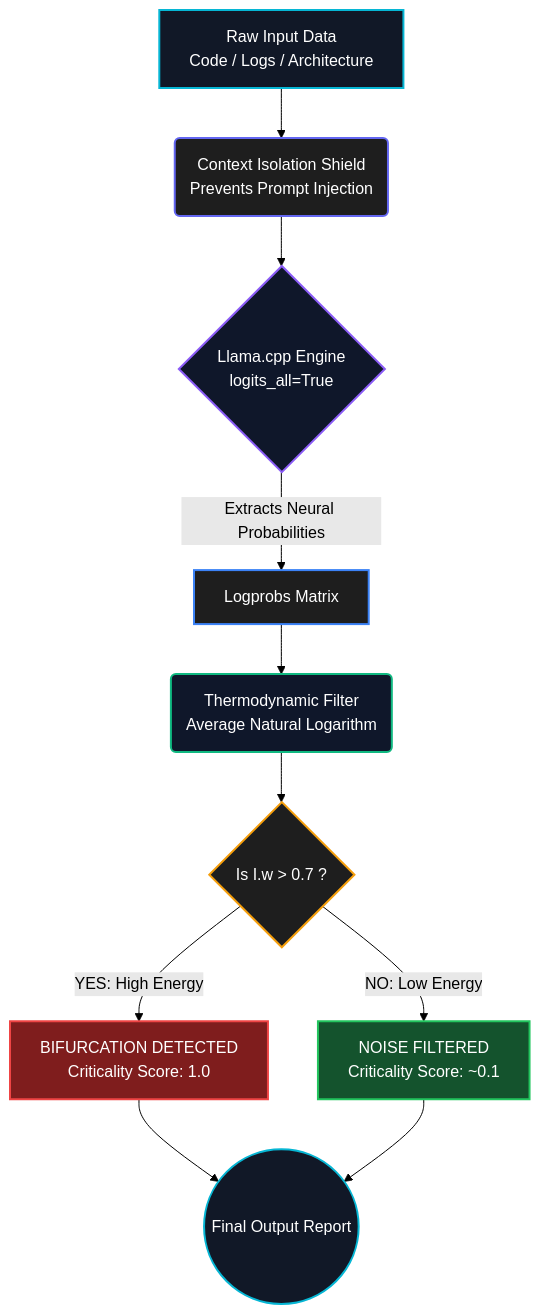
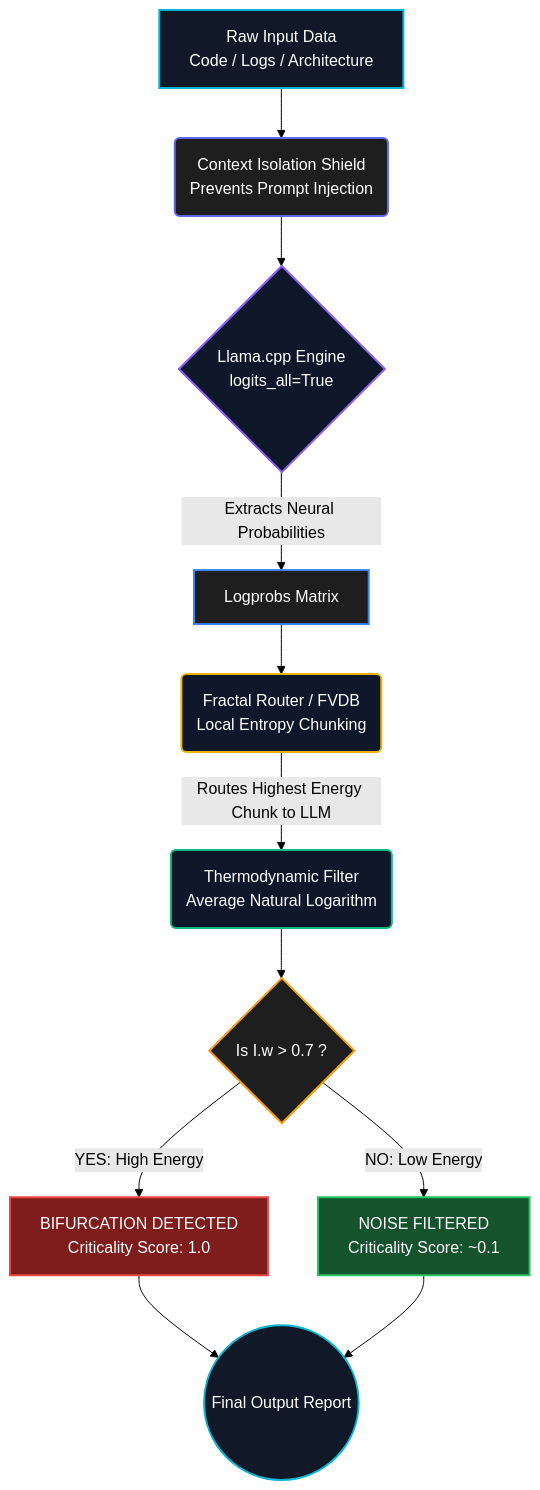
One commit to ikurdas/maxwell-engine changed the second of 2 diagrams in README.md. Above: the diagram before and after it, drawn with Mermaid (forest theme). The commit also changed other lines of this file and 1 other file, not shown here.

Commit message:
docs: add Fractal Router (FVDB) architecture flow to README and explanation docs

````diff
--- a/README.md
+++ b/README.md
@@ -124,37 +128,41 @@
 ```mermaid
 graph TD
     A[Raw Input Data<br>Code / Logs / Architecture] --> B(Context Isolation Shield<br>Prevents Prompt Injection)
     B --> C{Llama.cpp Engine<br>logits_all=True}
     
     C -->|Extracts Neural Probabilities| D[Logprobs Matrix]
     
-    D --> E(Thermodynamic Filter<br>Average Natural Logarithm)
+    D --> E(Fractal Router / FVDB<br>Local Entropy Chunking)
     
-    E --> F{Is I.w > 0.7 ?}
+    E -->|Routes Highest Energy Chunk to LLM| F(Thermodynamic Filter<br>Average Natural Logarithm)
     
-    F -->|YES: High Energy| G[BIFURCATION DETECTED<br>Criticality Score: 1.0]
-    F -->|NO: Low Energy| H[NOISE FILTERED<br>Criticality Score: ~0.1]
+    F --> G{Is I.w > 0.7 ?}
     
-    G --> I((Final Output Report))
-    H --> I
+    G -->|YES: High Energy| H[BIFURCATION DETECTED<br>Criticality Score: 1.0]
+    G -->|NO: Low Energy| I[NOISE FILTERED<br>Criticality Score: ~0.1]
+    
+    H --> J((Final Output Report))
+    I --> J
     
     click A "https://github.com/ikurdas/maxwell-engine/blob/main/architecture_explanation.md#a-raw-input-data-code--logs--architecture" "Click for details"
     click B "https://github.com/ikurdas/maxwell-engine/blob/main/architecture_explanation.md#b-context-isolation-shield-prompt-injection-shield" "Click for details"
     click C "https://github.com/ikurdas/maxwell-engine/blob/main/architecture_explanation.md#c-llamacpp-engine-logits_alltrue" "Click for details"
     click D "https://github.com/ikurdas/maxwell-engine/blob/main/architecture_explanation.md#d-logprobs-matrix" "Click for details"
-    click E "https://github.com/ikurdas/maxwell-engine/blob/main/architecture_explanation.md#e-thermodynamic-filter-average-natural-logarithm" "Click for details"
-    click F "https://github.com/ikurdas/maxwell-engine/blob/main/architecture_explanation.md#f-is-iw--07-criticality-threshold-check" "Click for details"
-    click G "https://github.com/ikurdas/maxwell-engine/blob/main/architecture_explanation.md#g--h-bifurcation-and-noise-separation" "Click for details"
-    click H "https://github.com/ikurdas/maxwell-engine/blob/main/architecture_explanation.md#g--h-bifurcation-and-noise-separation" "Click for details"
-    click I "https://github.com/ikurdas/maxwell-engine/blob/main/architecture_explanation.md#i-final-output-report-zero-hallucination" "Click for details"
+    click E "https://github.com/ikurdas/maxwell-engine/blob/main/architecture_explanation.md#e-fraktal-router-fvdb-anlamsal-yonlendirme" "Click for details"
+    click F "https://github.com/ikurdas/maxwell-engine/blob/main/architecture_explanation.md#f-thermodynamic-filter-average-natural-logarithm" "Click for details"
+    click G "https://github.com/ikurdas/maxwell-engine/blob/main/architecture_explanation.md#g-is-iw--07-criticality-threshold-check" "Click for details"
+    click H "https://github.com/ikurdas/maxwell-engine/blob/main/architecture_explanation.md#h--i-bifurcation-and-noise-separation" "Click for details"
+    click I "https://github.com/ikurdas/maxwell-engine/blob/main/architecture_explanation.md#h--i-bifurcation-and-noise-separation" "Click for details"
+    click J "https://github.com/ikurdas/maxwell-engine/blob/main/architecture_explanation.md#j-final-output-report-zero-hallucination" "Click for details"
     
     style A fill:#111827,stroke:#06b6d4,stroke-width:2px,color:#fff
     style B fill:#1e1e1e,stroke:#6366f1,stroke-width:2px,color:#fff
     style C fill:#0f172a,stroke:#8b5cf6,stroke-width:2px,color:#fff
     style D fill:#1e1e1e,stroke:#3b82f6,stroke-width:2px,color:#fff
-    style E fill:#0f172a,stroke:#10b981,stroke-width:2px,color:#fff
-    style F fill:#1e1e1e,stroke:#f59e0b,stroke-width:2px,color:#fff
-    style G fill:#7f1d1d,stroke:#ef4444,stroke-width:2px,color:#fff
-    style H fill:#14532d,stroke:#22c55e,stroke-width:2px,color:#fff
-    style I fill:#111827,stroke:#06b6d4,stroke-width:2px,color:#fff
+    style E fill:#0f172a,stroke:#eab308,stroke-width:2px,color:#fff
+    style F fill:#0f172a,stroke:#10b981,stroke-width:2px,color:#fff
+    style G fill:#1e1e1e,stroke:#f59e0b,stroke-width:2px,color:#fff
+    style H fill:#7f1d1d,stroke:#ef4444,stroke-width:2px,color:#fff
+    style I fill:#14532d,stroke:#22c55e,stroke-width:2px,color:#fff
+    style J fill:#111827,stroke:#06b6d4,stroke-width:2px,color:#fff
 ```
````
